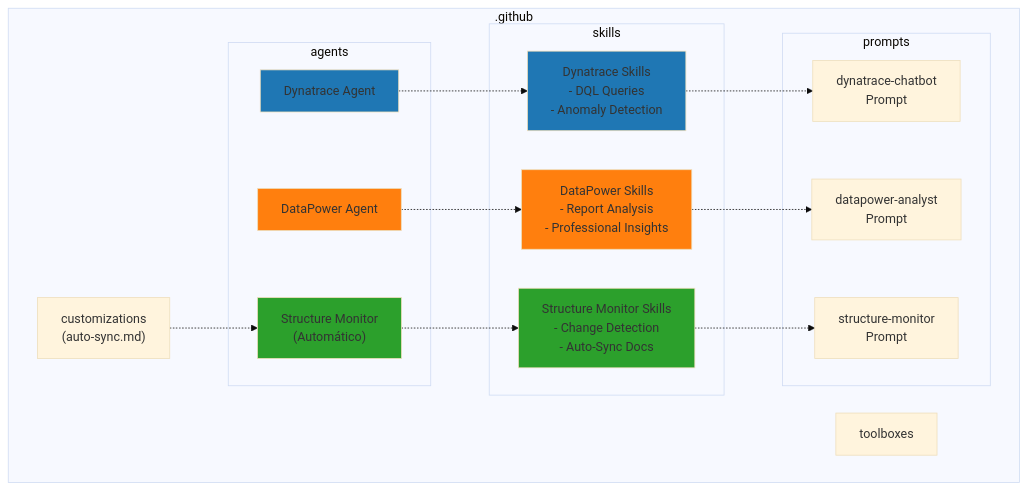
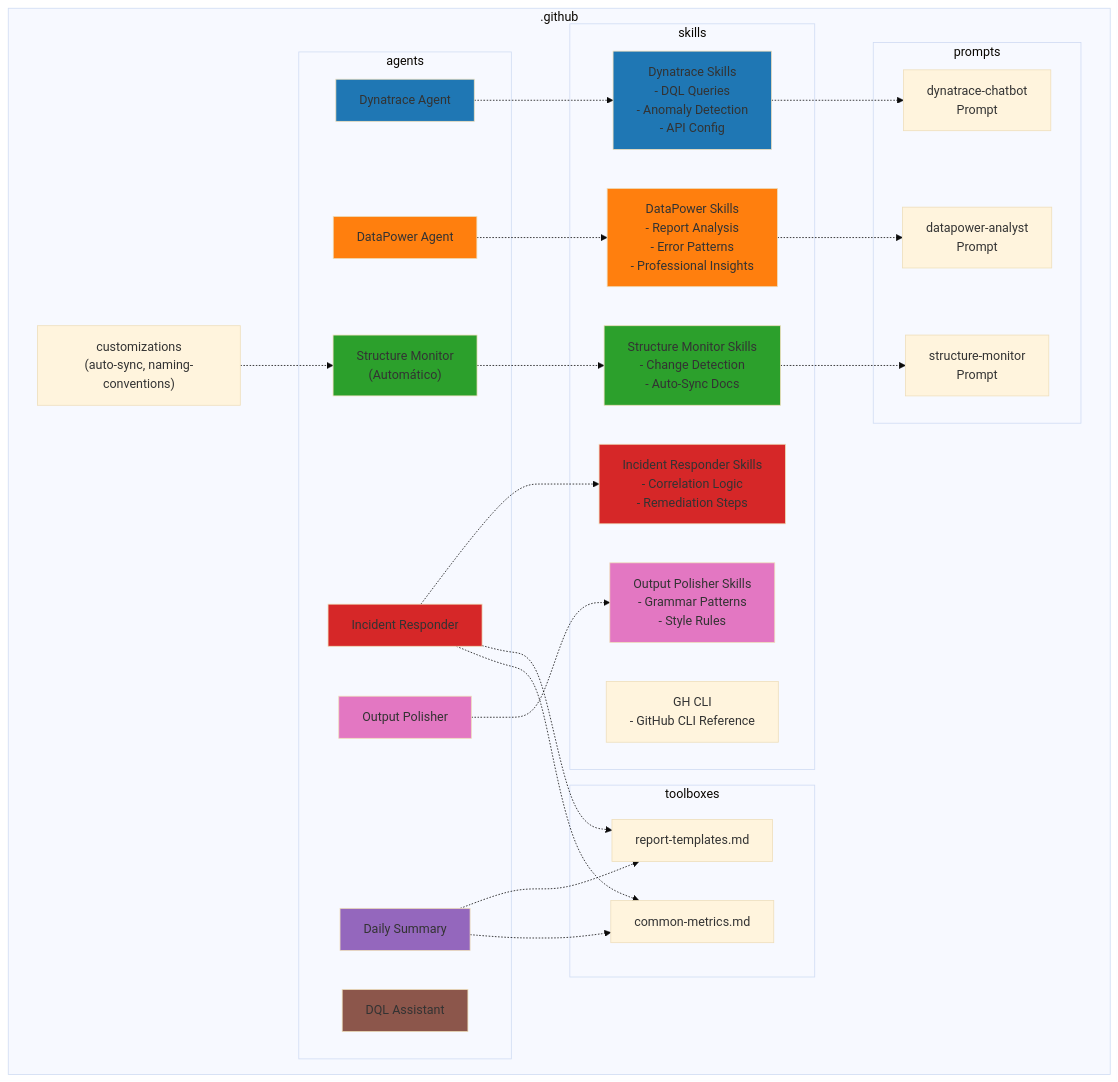
One commit to johansparra/ai-carib-intelligence-agent changed the first of 2 diagrams in README.md. Above: the diagram before and after it, drawn with Mermaid (base theme). The commit also changed other lines of this file and 1 other file, not shown here.

First line of the commit message:
docs: sync README.md diagrams and structure

````diff
--- a/README.md
+++ b/README.md
@@ -7,37 +7,59 @@
 ```mermaid
 graph TB
     subgraph ".github"
         subgraph "agents"
             DN["Dynatrace Agent"]
             DP["DataPower Agent"]
             SM["Structure Monitor<br/>(Automático)"]
+            IR["Incident Responder"]
+            DS["Daily Summary"]
+            DQL["DQL Assistant"]
+            OP["Output Polisher"]
         end
         subgraph "skills"
-            DNSKILL["Dynatrace Skills<br/>- DQL Queries<br/>- Anomaly Detection"]
-            DPSKILL["DataPower Skills<br/>- Report Analysis<br/>- Professional Insights"]
+            DNSKILL["Dynatrace Skills<br/>- DQL Queries<br/>- Anomaly Detection<br/>- API Config"]
+            DPSKILL["DataPower Skills<br/>- Report Analysis<br/>- Error Patterns<br/>- Professional Insights"]
             SMSKILL["Structure Monitor Skills<br/>- Change Detection<br/>- Auto-Sync Docs"]
+            IRSKILL["Incident Responder Skills<br/>- Correlation Logic<br/>- Remediation Steps"]
+            OPSKILL["Output Polisher Skills<br/>- Grammar Patterns<br/>- Style Rules"]
+            GHSKILL["GH CLI<br/>- GitHub CLI Reference"]
         end
         subgraph "prompts"
             DNPROMPT["dynatrace-chatbot<br/>Prompt"]
             DPPROMPT["datapower-analyst<br/>Prompt"]
             SMPROMPT["structure-monitor<br/>Prompt"]
         end
-        CUSTOM["customizations<br/>(auto-sync.md)"]
-        TOOLS["toolboxes"]
+        subgraph "toolboxes"
+            RPT["report-templates.md"]
+            CM["common-metrics.md"]
+        end
+        CUSTOM["customizations<br/>(auto-sync, naming-conventions)"]
     end
-    
+
     DN -.-> DNSKILL
     DNSKILL -.-> DNPROMPT
     DP -.-> DPSKILL
     DPSKILL -.-> DPPROMPT
     SM -.-> SMSKILL
     SMSKILL -.-> SMPROMPT
+    IR -.-> IRSKILL
+    OP -.-> OPSKILL
     CUSTOM -.-> SM
-    
+    IR -.-> RPT
+    DS -.-> RPT
+    IR -.-> CM
+    DS -.-> CM
+
     style DN fill:#1f77b4
     style DP fill:#ff7f0e
     style SM fill:#2ca02c
+    style IR fill:#d62728
+    style DS fill:#9467bd
+    style DQL fill:#8c564b
+    style OP fill:#e377c2
     style DNSKILL fill:#1f77b4
     style DPSKILL fill:#ff7f0e
     style SMSKILL fill:#2ca02c
+    style IRSKILL fill:#d62728
+    style OPSKILL fill:#e377c2
 ```
````
